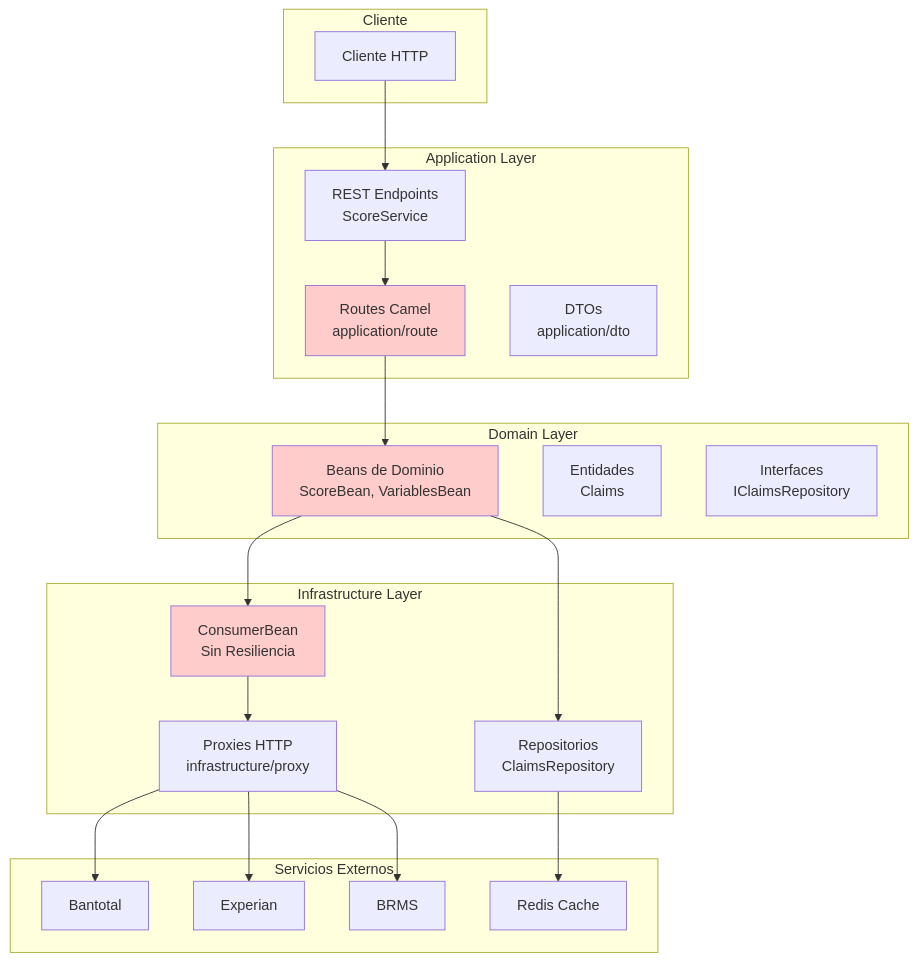
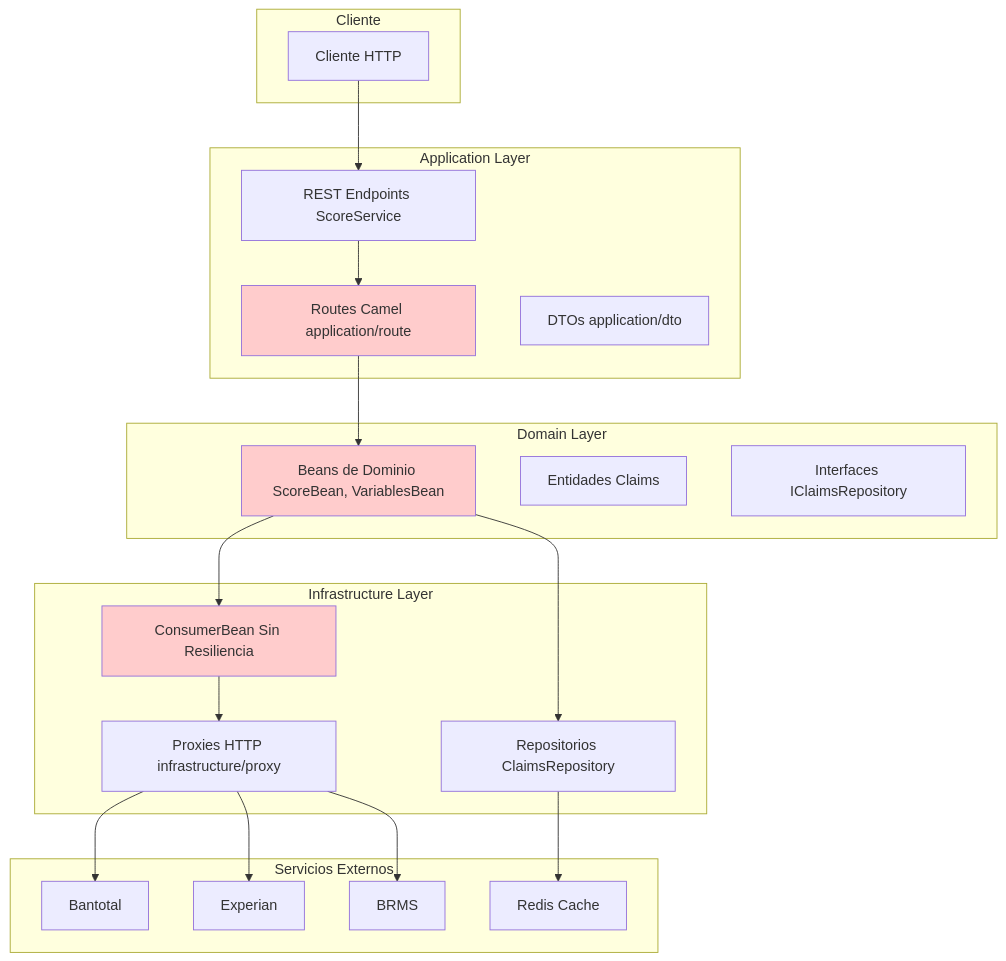
The first of 27 diagrams in DIAGRAMAS_MERMAID_COMPARATIVOS.md (rrondinel/documents), drawn with Mermaid before and after one commit. The commit also changed other lines of this file, not shown here.

````diff
--- a/DIAGRAMAS_MERMAID_COMPARATIVOS.md
+++ b/DIAGRAMAS_MERMAID_COMPARATIVOS.md
@@ -13,46 +13,46 @@
 ```mermaid
 graph TB
     subgraph "Cliente"
         Client[Cliente HTTP]
     end
     
     subgraph "Application Layer"
-        REST[REST Endpoints<br/>ScoreService]
-        Routes[Routes Camel<br/>application/route]
-        DTOs[DTOs<br/>application/dto]
+        REST["REST Endpoints ScoreService"]
+        Routes["Routes Camel application/route"]
+        DTOs["DTOs application/dto"]
     end
     
     subgraph "Domain Layer"
-        DomainBeans[Beans de Dominio<br/>ScoreBean, VariablesBean]
-        DomainEntity[Entidades<br/>Claims]
-        DomainRepo[Interfaces<br/>IClaimsRepository]
+        DomainBeans["Beans de Dominio ScoreBean, VariablesBean"]
+        DomainEntity["Entidades Claims"]
+        DomainRepo["Interfaces IClaimsRepository"]
     end
     
     subgraph "Infrastructure Layer"
-        InfraBean[ConsumerBean<br/>Sin Resiliencia]
-        Proxy[Proxies HTTP<br/>infrastructure/proxy]
-        Repo[Repositorios<br/>ClaimsRepository]
+        InfraBean["ConsumerBean Sin Resiliencia"]
+        Proxy["Proxies HTTP infrastructure/proxy"]
+        Repo["Repositorios ClaimsRepository"]
     end
     
     subgraph "Servicios Externos"
         Bantotal[Bantotal]
         Experian[Experian]
         BRMS[BRMS]
         Redis[Redis Cache]
     end
     
     Client --> REST
     REST --> Routes
     Routes --> DomainBeans
     DomainBeans --> InfraBean
     InfraBean --> Proxy
     Proxy --> Bantotal
     Proxy --> Experian
     Proxy --> BRMS
     DomainBeans --> Repo
     Repo --> Redis
     
     style InfraBean fill:#ffcccc
     style DomainBeans fill:#ffcccc
     style Routes fill:#ffcccc
 ```
````
